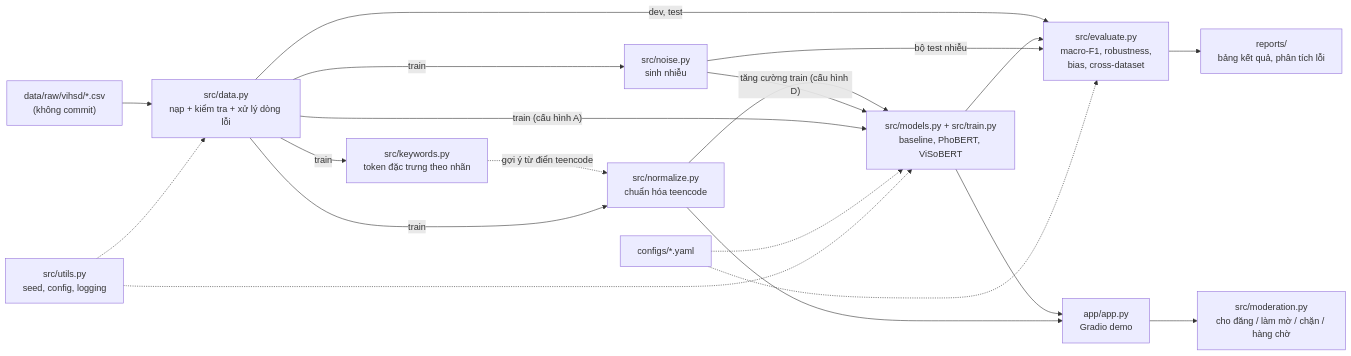
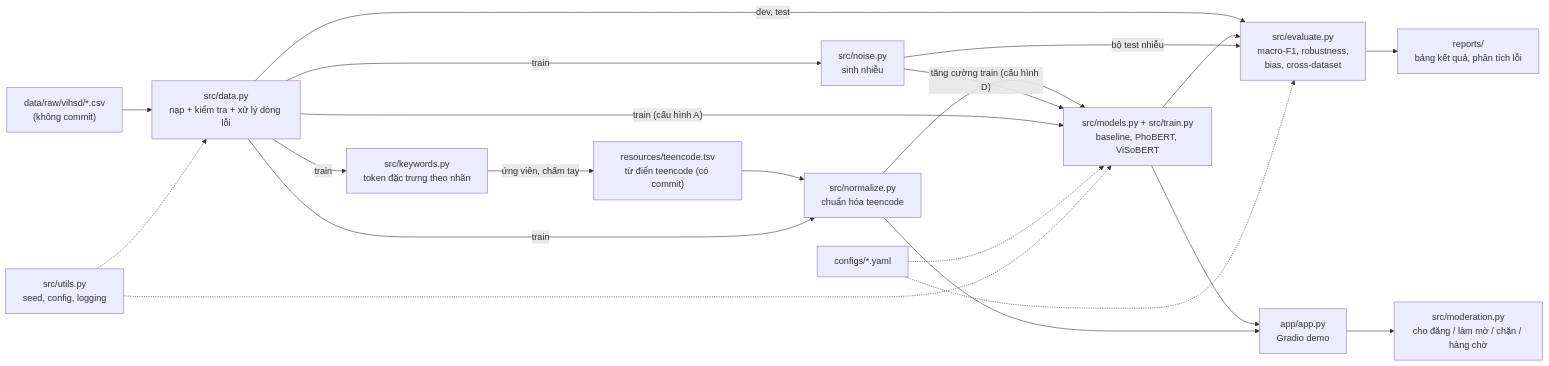
The diagram in docs/architecture.md (Dorayaki1201/Toxic-Comment-Classification), drawn with Mermaid before and after one commit. The commit also changed other lines of this file and 4 other files, not shown here.

````diff
--- a/docs/architecture.md
+++ b/docs/architecture.md
@@ -7,22 +7,23 @@
 ```mermaid
 flowchart LR
     RAW["data/raw/vihsd/*.csv<br/>(không commit)"] --> DATA["src/data.py<br/>nạp + kiểm tra + xử lý dòng lỗi"]
     DATA -->|train| KW["src/keywords.py<br/>token đặc trưng theo nhãn"]
-    KW -.->|"gợi ý từ điển teencode"| NORM
+    KW -->|"ứng viên, chấm tay"| LEX["resources/teencode.tsv<br/>từ điển teencode (có commit)"]
+    LEX --> NORM
     DATA -->|train| NORM["src/normalize.py<br/>chuẩn hóa teencode"]
     DATA -->|train| NOISE["src/noise.py<br/>sinh nhiễu"]
     DATA -->|dev, test| EVAL["src/evaluate.py<br/>macro-F1, robustness,<br/>bias, cross-dataset"]
     NORM --> TRAIN["src/models.py + src/train.py<br/>baseline, PhoBERT, ViSoBERT"]
     NOISE -->|"tăng cường train (cấu hình D)"| TRAIN
     DATA -->|"train (cấu hình A)"| TRAIN
     TRAIN --> EVAL
     NOISE -->|"bộ test nhiễu"| EVAL
     EVAL --> REP["reports/<br/>bảng kết quả, phân tích lỗi"]
     TRAIN --> APP["app/app.py<br/>Gradio demo"]
     NORM --> APP
     APP --> MOD["src/moderation.py<br/>cho đăng / làm mờ / chặn / hàng chờ"]
     CFG["configs/*.yaml"] -.-> TRAIN
     CFG -.-> EVAL
     UTILS["src/utils.py<br/>seed, config, logging"] -.-> DATA
     UTILS -.-> TRAIN
 ```
````
